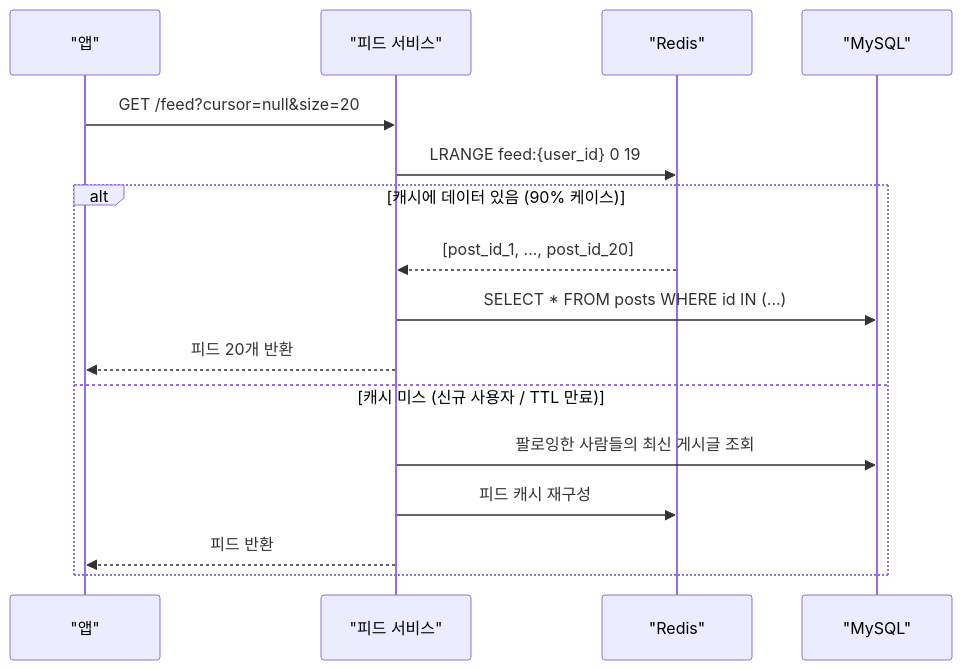
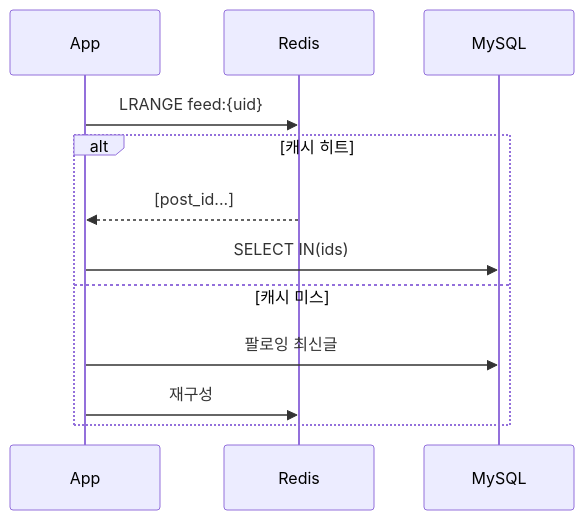
Before and after one commit to yjkim2015/yjkim2015.github.io: the sixth of 6 diagrams in _posts/systemdesign/2026-05-02-system-design-newsfeed.md, drawn with Mermaid. The commit also changed other lines of this file and 215 other files, not shown here.

First line of the commit message:
신규 포스트 10개 추가 + Mermaid 전면 축소 + SystemDesign 시리즈 보강

````diff
--- a/_posts/systemdesign/2026-05-02-system-design-newsfeed.md
+++ b/_posts/systemdesign/2026-05-02-system-design-newsfeed.md
@@ -163,19 +146,14 @@
 ```mermaid
 sequenceDiagram
-    participant App as "앱"
-    participant FeedSvc as "피드 서비스"
-    participant Cache as "Redis"
-    participant DB as "MySQL"
-
-    App->>FeedSvc: GET /feed?cursor=null&size=20
-    FeedSvc->>Cache: LRANGE feed:{user_id} 0 19
-    alt 캐시에 데이터 있음 (90% 케이스)
-        Cache-->>FeedSvc: [post_id_1, ..., post_id_20]
-        FeedSvc->>DB: SELECT * FROM posts WHERE id IN (...)
-        FeedSvc-->>App: 피드 20개 반환
-    else 캐시 미스 (신규 사용자 / TTL 만료)
-        FeedSvc->>DB: 팔로잉한 사람들의 최신 게시글 조회
-        FeedSvc->>Cache: 피드 캐시 재구성
-        FeedSvc-->>App: 피드 반환
+    participant App
+    participant C as Redis
+    participant DB as MySQL
+    App->>C: LRANGE feed:{uid}
+    alt 캐시 히트
+        C-->>App: [post_id...]
+        App->>DB: SELECT IN(ids)
+    else 캐시 미스
+        App->>DB: 팔로잉 최신글
+        App->>C: 재구성
     end
 ```
````
